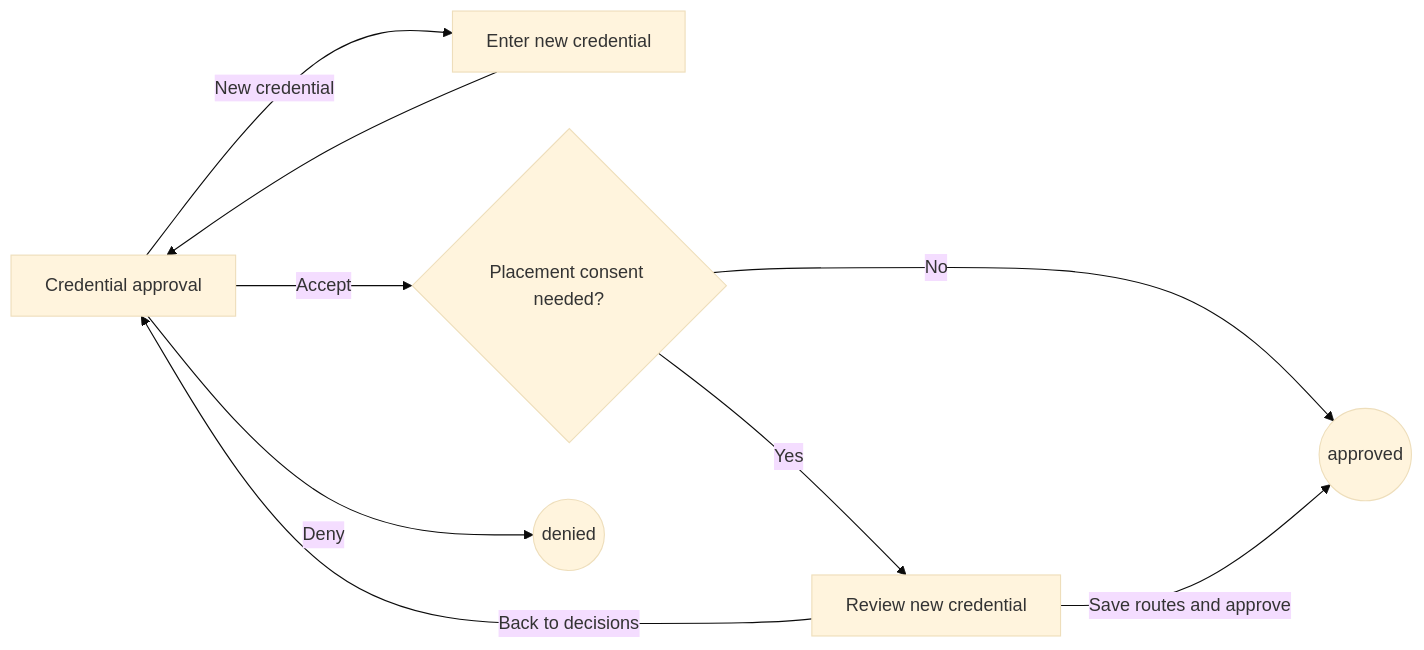
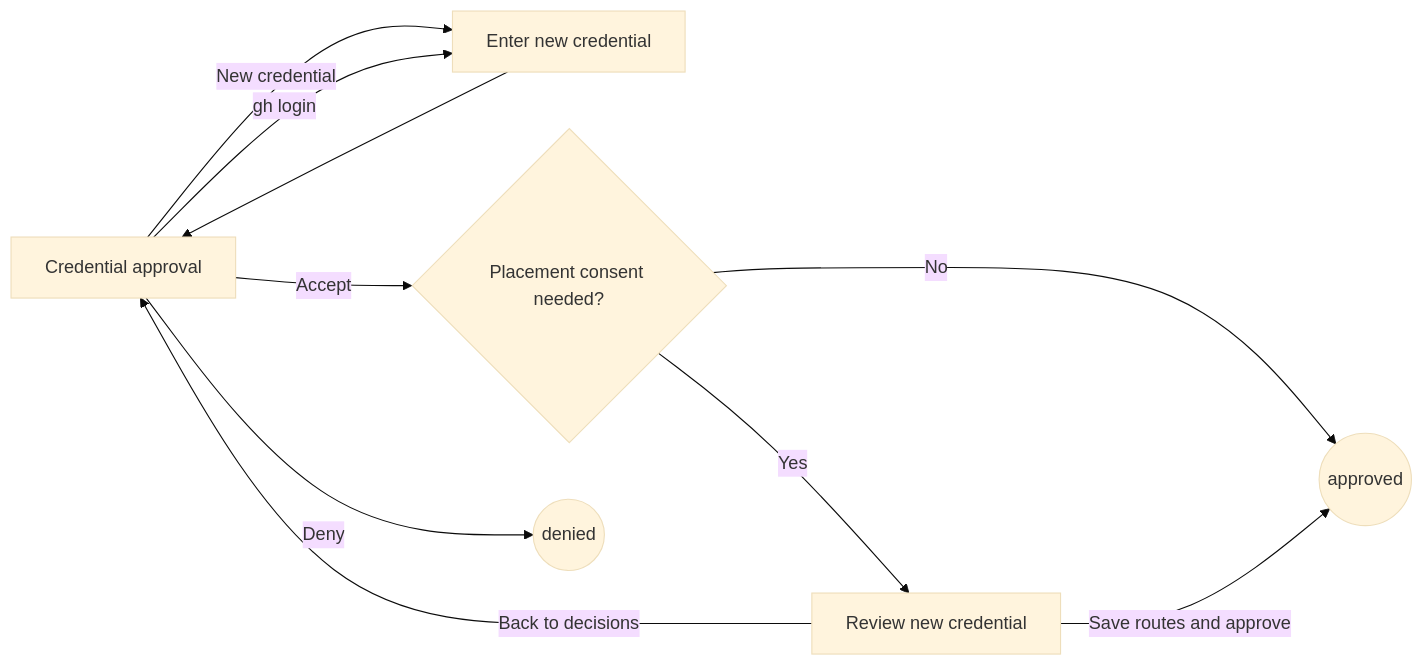
One commit to discobox-ai/discobox changed the fourth of 4 diagrams in cli/internal/tui/DESIGN.md. Above: the diagram before and after it, drawn with Mermaid (base theme). The commit also changed other lines of this file and 12 other files, not shown here.

````diff
--- a/cli/internal/tui/DESIGN.md
+++ b/cli/internal/tui/DESIGN.md
@@ -581,10 +581,11 @@
 ```mermaid
 flowchart LR
   C[Credential approval] -->|New credential| N[Enter new credential] --> C
+  C -->|gh login| N
   C -->|Accept| D{Placement consent needed?}
   C -->|Deny| X((denied))
   D -->|No| A((approved))
   D -->|Yes| P[Review new credential]
   P -->|Save routes and approve| A
   P -->|Back to decisions| C
 ```
````
